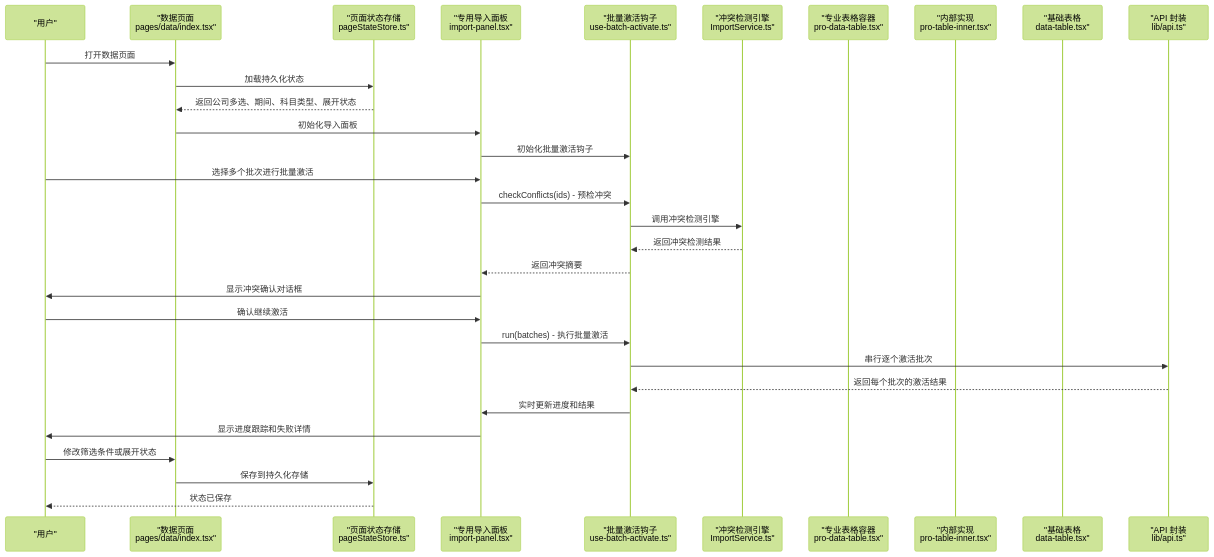
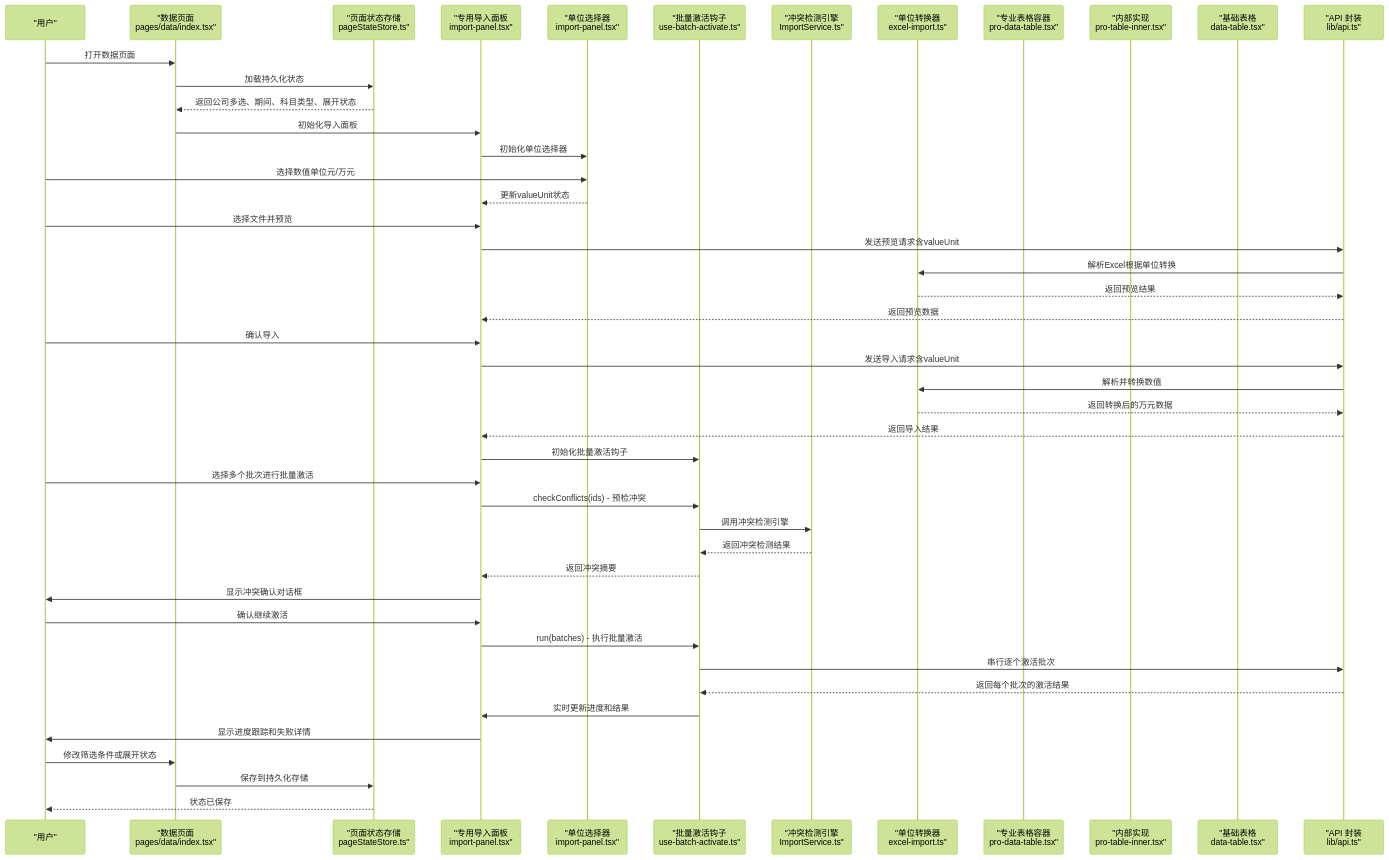
Before and after one commit to Damao997/newproject: the second of 6 diagrams in .qoder/repowiki/zh/content/页面组件/数据管理页面/数据管理页面.md, drawn with Mermaid (forest theme). The commit also changed other lines of this file and 5 other files, not shown here.

````diff
--- a/.qoder/repowiki/zh/content/页面组件/数据管理页面/数据管理页面.md
+++ b/.qoder/repowiki/zh/content/页面组件/数据管理页面/数据管理页面.md
@@ -181,33 +201,48 @@
 ```mermaid
 sequenceDiagram
 participant U as "用户"
 participant P as "数据页面<br/>pages/data/index.tsx"
 participant PS as "页面状态存储<br/>pageStateStore.ts"
 participant IP as "专用导入面板<br/>import-panel.tsx"
+participant US as "单位选择器<br/>import-panel.tsx"
 participant BA as "批量激活钩子<br/>use-batch-activate.ts"
 participant CE as "冲突检测引擎<br/>ImportService.ts"
+participant VC as "单位转换器<br/>excel-import.ts"
 participant PT as "专业表格容器<br/>pro-data-table.tsx"
 participant PI as "内部实现<br/>pro-table-inner.tsx"
 participant DT as "基础表格<br/>data-table.tsx"
 participant API as "API 封装<br/>lib/api.ts"
 U->>P : 打开数据页面
 P->>PS : 加载持久化状态
 PS-->>P : 返回公司多选、期间、科目类型、展开状态
 P->>IP : 初始化导入面板
+IP->>US : 初始化单位选择器
+U->>US : 选择数值单位元/万元
+US-->>IP : 更新valueUnit状态
+U->>IP : 选择文件并预览
+IP->>API : 发送预览请求含valueUnit
+API->>VC : 解析Excel根据单位转换
+VC-->>API : 返回预览结果
+API-->>IP : 返回预览数据
+U->>IP : 确认导入
+IP->>API : 发送导入请求含valueUnit
+API->>VC : 解析并转换数值
+VC-->>API : 返回转换后的万元数据
+API-->>IP : 返回导入结果
 IP->>BA : 初始化批量激活钩子
 U->>IP : 选择多个批次进行批量激活
 IP->>BA : checkConflicts(ids) - 预检冲突
 BA->>CE : 调用冲突检测引擎
 CE-->>BA : 返回冲突检测结果
 BA-->>IP : 返回冲突摘要
 IP->>U : 显示冲突确认对话框
 U->>IP : 确认继续激活
 IP->>BA : run(batches) - 执行批量激活
 BA->>API : 串行逐个激活批次
 API-->>BA : 返回每个批次的激活结果
 BA->>IP : 实时更新进度和结果
 IP->>U : 显示进度跟踪和失败详情
 U->>P : 修改筛选条件或展开状态
 P->>PS : 保存到持久化存储
 PS-->>U : 状态已保存
 ```
````
